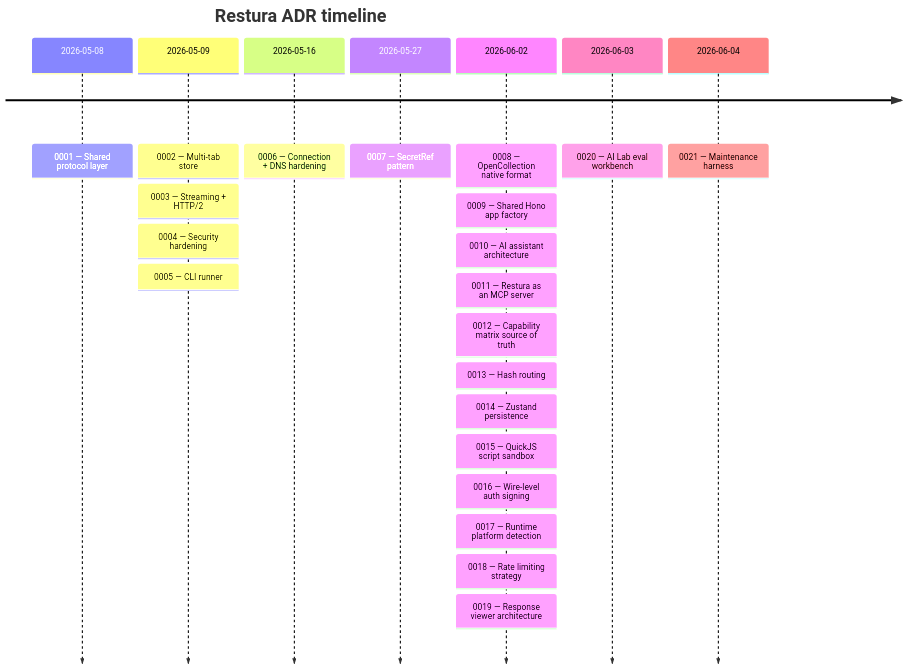
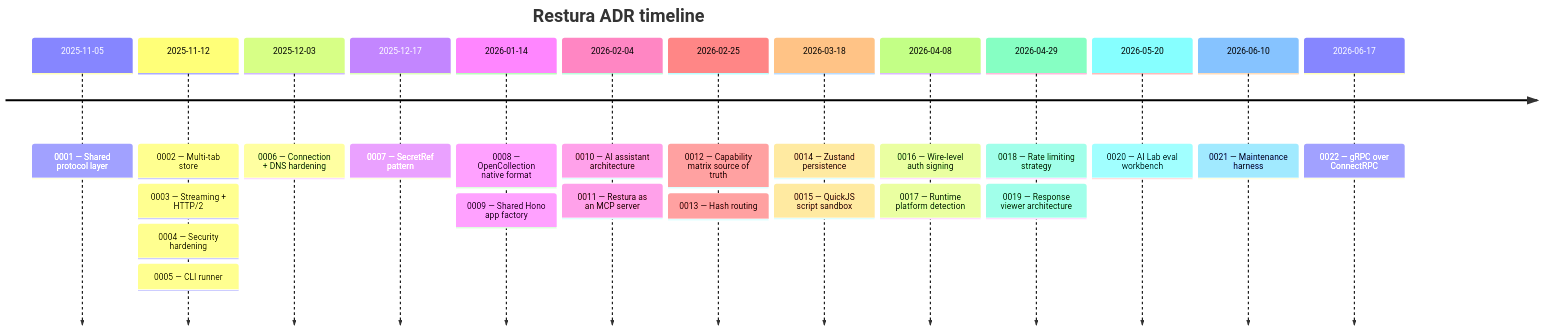
The diagram in docs-site/src/content/docs/architecture/adrs.mdx (dipjyotimetia/restura), drawn with Mermaid before and after one commit. The commit also changed other lines of this file and 63 other files, not shown here.

````diff
--- a/docs-site/src/content/docs/architecture/adrs.mdx
+++ b/docs-site/src/content/docs/architecture/adrs.mdx
@@ -10,25 +10,26 @@
 ```mermaid
 timeline
   title Restura ADR timeline
-  2026-05-08 : 0001 — Shared protocol layer
-  2026-05-09 : 0002 — Multi-tab store
+  2025-11-05 : 0001 — Shared protocol layer
+  2025-11-12 : 0002 — Multi-tab store
              : 0003 — Streaming + HTTP/2
              : 0004 — Security hardening
              : 0005 — CLI runner
-  2026-05-16 : 0006 — Connection + DNS hardening
-  2026-05-27 : 0007 — SecretRef pattern
-  2026-06-02 : 0008 — OpenCollection native format
+  2025-12-03 : 0006 — Connection + DNS hardening
+  2025-12-17 : 0007 — SecretRef pattern
+  2026-01-14 : 0008 — OpenCollection native format
              : 0009 — Shared Hono app factory
-             : 0010 — AI assistant architecture
+  2026-02-04 : 0010 — AI assistant architecture
              : 0011 — Restura as an MCP server
-             : 0012 — Capability matrix source of truth
+  2026-02-25 : 0012 — Capability matrix source of truth
              : 0013 — Hash routing
-             : 0014 — Zustand persistence
+  2026-03-18 : 0014 — Zustand persistence
              : 0015 — QuickJS script sandbox
-             : 0016 — Wire-level auth signing
+  2026-04-08 : 0016 — Wire-level auth signing
              : 0017 — Runtime platform detection
-             : 0018 — Rate limiting strategy
+  2026-04-29 : 0018 — Rate limiting strategy
              : 0019 — Response viewer architecture
-  2026-06-03 : 0020 — AI Lab eval workbench
-  2026-06-04 : 0021 — Maintenance harness
+  2026-05-20 : 0020 — AI Lab eval workbench
+  2026-06-10 : 0021 — Maintenance harness
+  2026-06-17 : 0022 — gRPC over ConnectRPC
 ```
````
